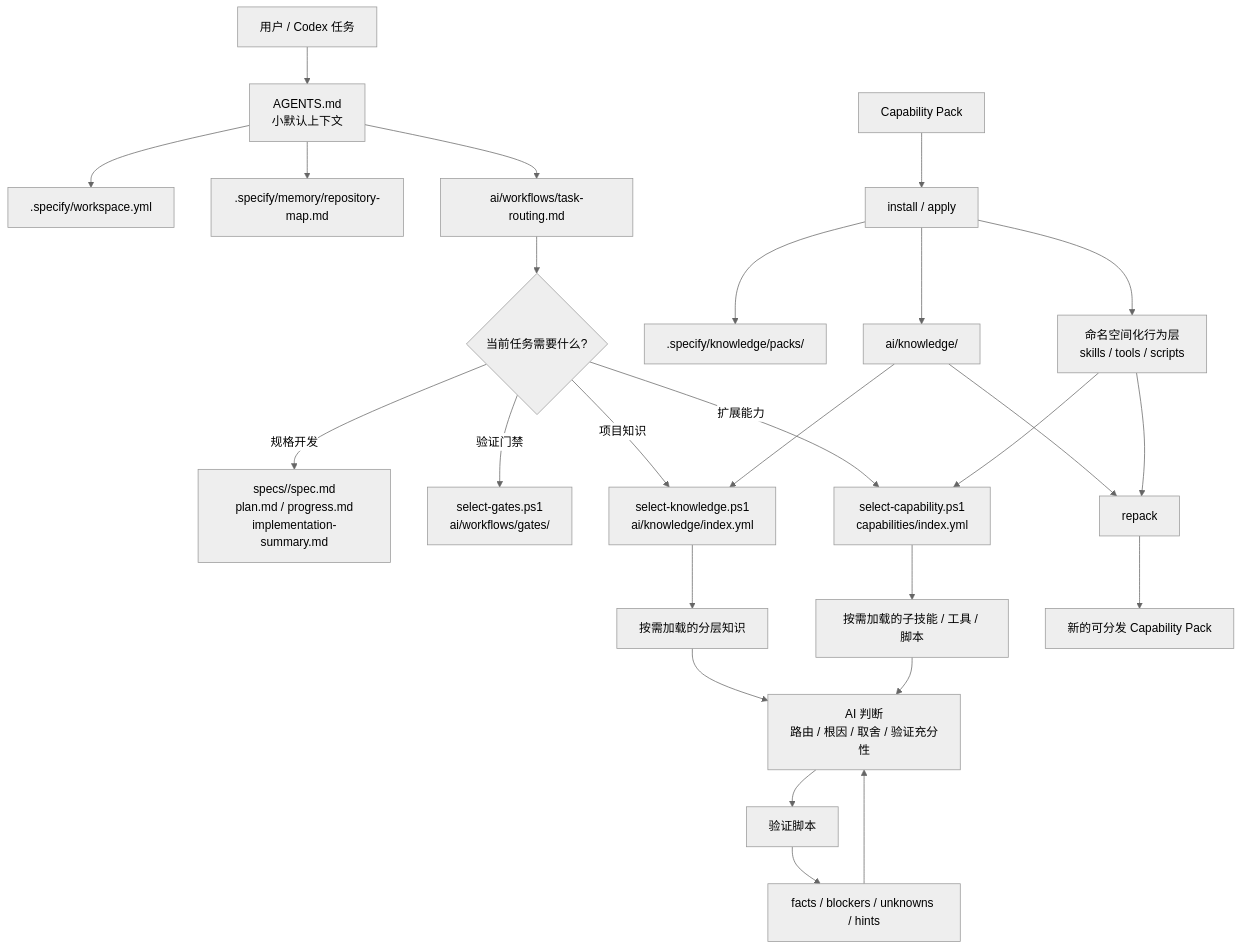
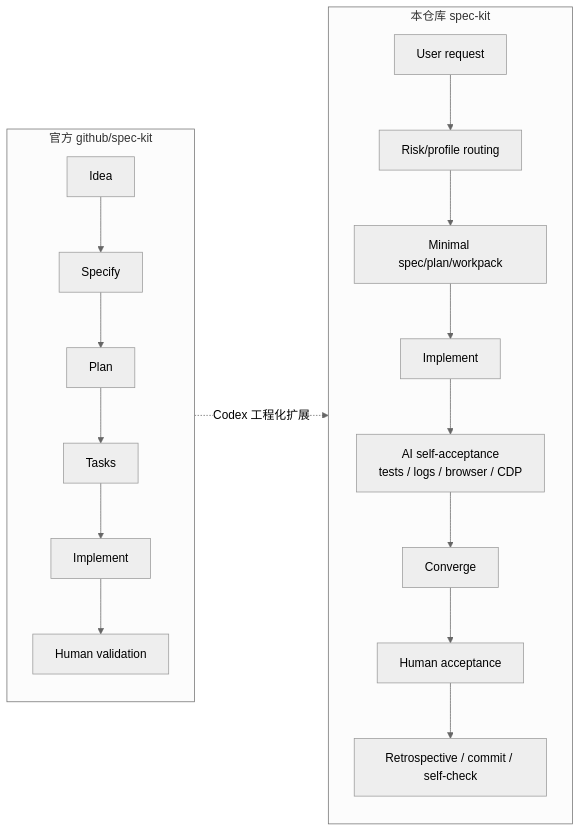
One commit to liuminxin45/spec-kit changed the diagram in README.md. Above: the diagram before and after it, drawn with Mermaid (neutral theme). The commit also changed other lines of this file and 24 other files, not shown here.

First line of the commit message:
SpecKit: align workflow engine with upstream 0.12.5

````diff
--- a/README.md
+++ b/README.md
@@ -39,34 +44,24 @@
 ```mermaid
-flowchart TD
-    U["用户 / Codex 任务"] --> A["AGENTS.md<br/>小默认上下文"]
-    A --> W[".specify/workspace.yml"]
-    A --> R[".specify/memory/repository-map.md"]
-    A --> T["ai/workflows/task-routing.md"]
+flowchart LR
+    subgraph Official["官方 github/spec-kit"]
+      direction TB
+      O1["Idea"] --> O2["Specify"]
+      O2 --> O3["Plan"]
+      O3 --> O4["Tasks"]
+      O4 --> O5["Implement"]
+      O5 --> O6["Human validation"]
+    end
 
-    T --> D{"当前任务需要什么?"}
-    D -->|"规格开发"| F["specs/<feature>/spec.md<br/>plan.md / progress.md<br/>implementation-summary.md"]
-    D -->|"验证门禁"| G["select-gates.ps1<br/>ai/workflows/gates/"]
-    D -->|"项目知识"| K["select-knowledge.ps1<br/>ai/knowledge/index.yml"]
-    D -->|"扩展能力"| C["select-capability.ps1<br/>capabilities/index.yml"]
+    subgraph ThisRepo["本仓库 spec-kit"]
+      direction TB
+      T1["User request"] --> T2["Risk/profile routing"]
+      T2 --> T3["Minimal spec/plan/workpack"]
+      T3 --> T4["Implement"]
+      T4 --> T5["AI self-acceptance<br/>tests / logs / browser / CDP"]
+      T5 --> T6["Converge"]
+      T6 --> T7["Human acceptance"]
+      T7 --> T8["Retrospective / commit / self-check"]
+    end
 
-    KP["Capability Pack"] --> I["install / apply"]
-    I --> P[".specify/knowledge/packs/<pack-id>"]
-    I --> V["ai/knowledge/<pack materialized view>"]
-    I --> B["命名空间化行为层<br/>skills / tools / scripts"]
-
-    V --> K
-    B --> C
-
-    K --> L["按需加载的分层知识"]
-    C --> E["按需加载的子技能 / 工具 / 脚本"]
-    L --> J["AI 判断<br/>路由 / 根因 / 取舍 / 验证充分性"]
-    E --> J
-
-    J --> Q["验证脚本"]
-    Q --> O["facts / blockers / unknowns / hints"]
-    O --> J
-
-    V --> RP["repack"]
-    B --> RP
-    RP --> NP["新的可分发 Capability Pack"]
+    O6 -. "Codex 工程化扩展" .-> T1
 ```
````
